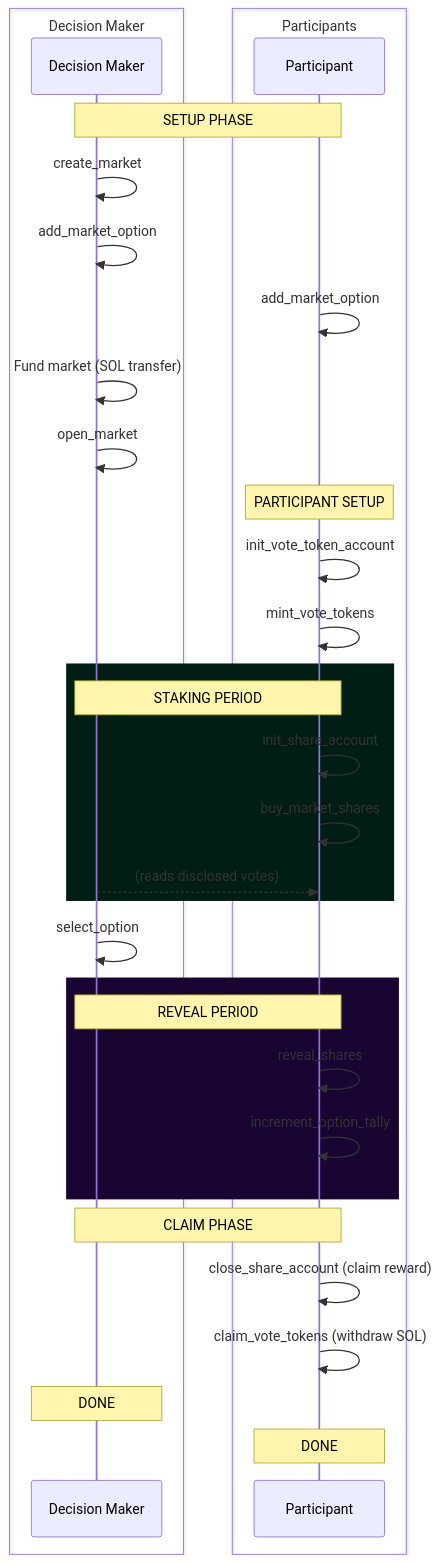
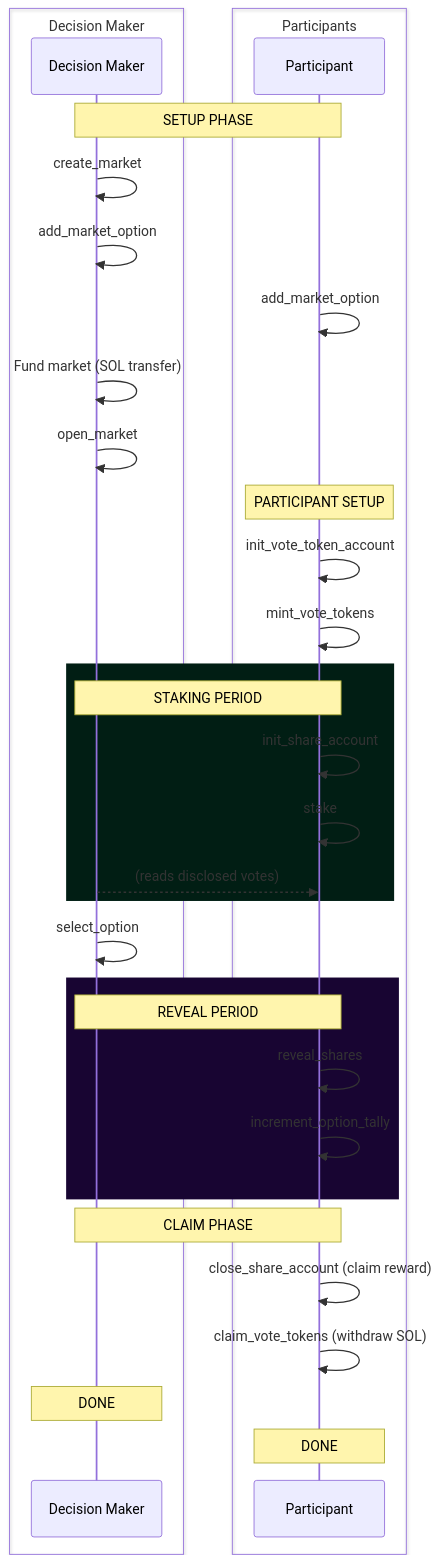
Before and after one commit to ilmari-h/solana-conviction-markets: the diagram in docs/market-life-cycle.md, drawn with Mermaid. The commit also changed other lines of this file and 16 other files, not shown here.

````diff
--- a/docs/market-life-cycle.md
+++ b/docs/market-life-cycle.md
@@ -199,42 +199,42 @@
 ```mermaid
 sequenceDiagram
     box Decision Maker
         participant DM as Decision Maker
     end
     box Participants
         participant P as Participant
     end
 
     Note over DM,P: SETUP PHASE
     DM->>DM: create_market
     DM->>DM: add_market_option
     P->>P: add_market_option
     DM->>DM: Fund market (SOL transfer)
     DM->>DM: open_market
 
     Note over P: PARTICIPANT SETUP
     P->>P: init_vote_token_account
     P->>P: mint_vote_tokens
 
     rect rgb(1, 30, 20)
         Note over DM,P: STAKING PERIOD
         P->>P: init_share_account
-        P->>P: buy_market_shares
+        P->>P: stake
         DM-->>P: (reads disclosed votes)
     end
 
     DM->>DM: select_option
 
     rect rgb(24, 5, 50)
         Note over DM,P: REVEAL PERIOD
         P->>P: reveal_shares
         P->>P: increment_option_tally
     end
 
     Note over DM,P: CLAIM PHASE
     P->>P: close_share_account (claim reward)
     P->>P: claim_vote_tokens (withdraw SOL)
 
     Note over DM: DONE
     Note over P: DONE
 ```
````
